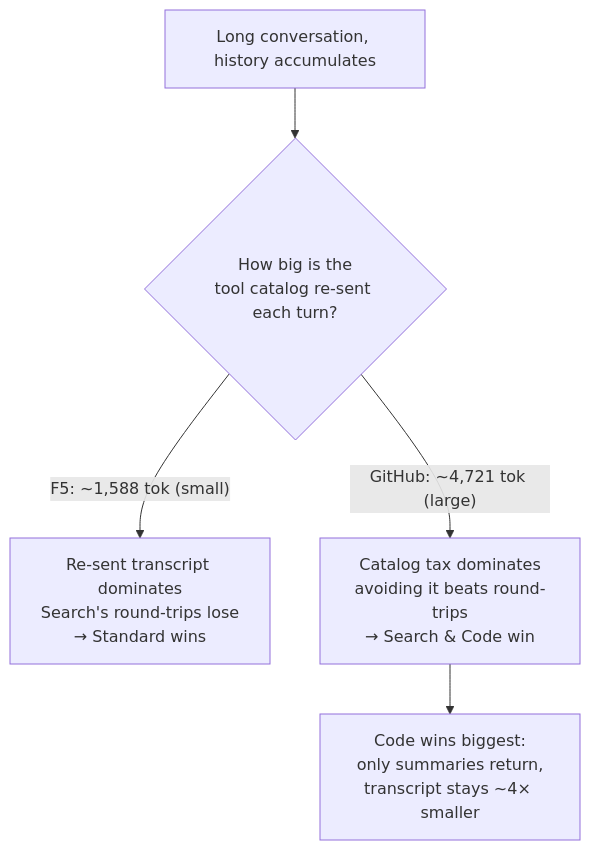
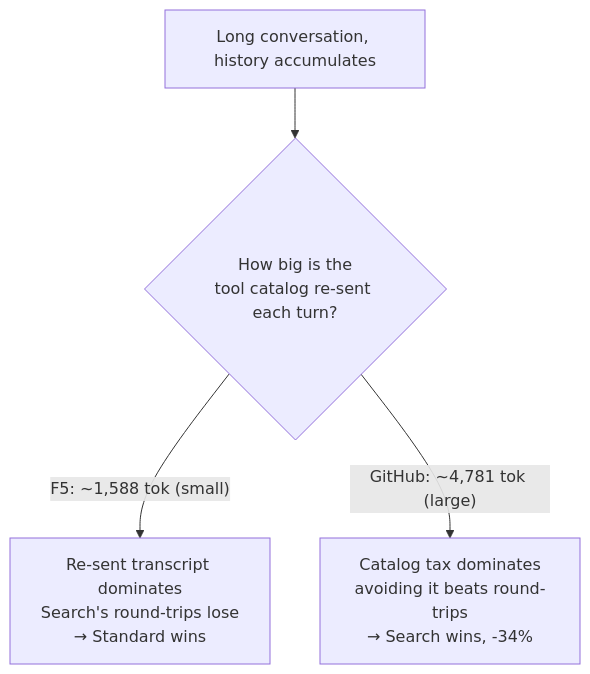
The fifth of 6 diagrams in 104-ent-github-tokenomics/README.md (sebbycorp/agentgateway-demos), drawn with Mermaid before and after one commit. The commit also changed other lines of this file and 8 other files, not shown here.

````diff
--- a/104-ent-github-tokenomics/README.md
+++ b/104-ent-github-tokenomics/README.md
@@ -165,7 +167,6 @@
 ```mermaid
 flowchart TD
     A[Long conversation, history accumulates] --> B{How big is the<br/>tool catalog re-sent each turn?}
     B -->|"F5: ~1,588 tok (small)"| C[Re-sent transcript dominates<br/>Search's round-trips lose<br/>→ Standard wins]
-    B -->|"GitHub: ~4,721 tok (large)"| D[Catalog tax dominates<br/>avoiding it beats round-trips<br/>→ Search & Code win]
-    D --> E[Code wins biggest:<br/>only summaries return,<br/>transcript stays ~4× smaller]
+    B -->|"GitHub: ~4,781 tok (large)"| D[Catalog tax dominates<br/>avoiding it beats round-trips<br/>→ Search wins, -34%]
 ```
````
